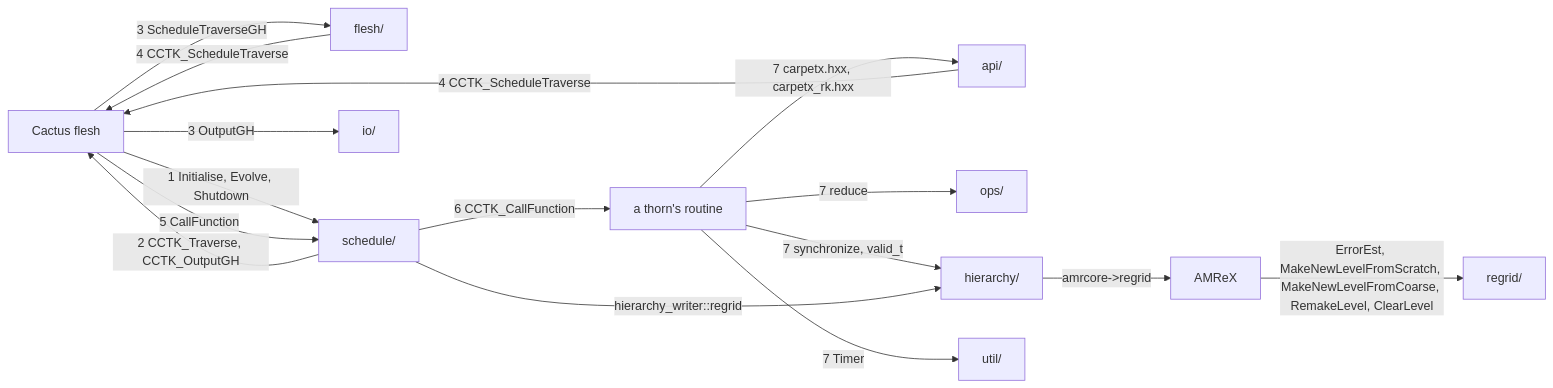
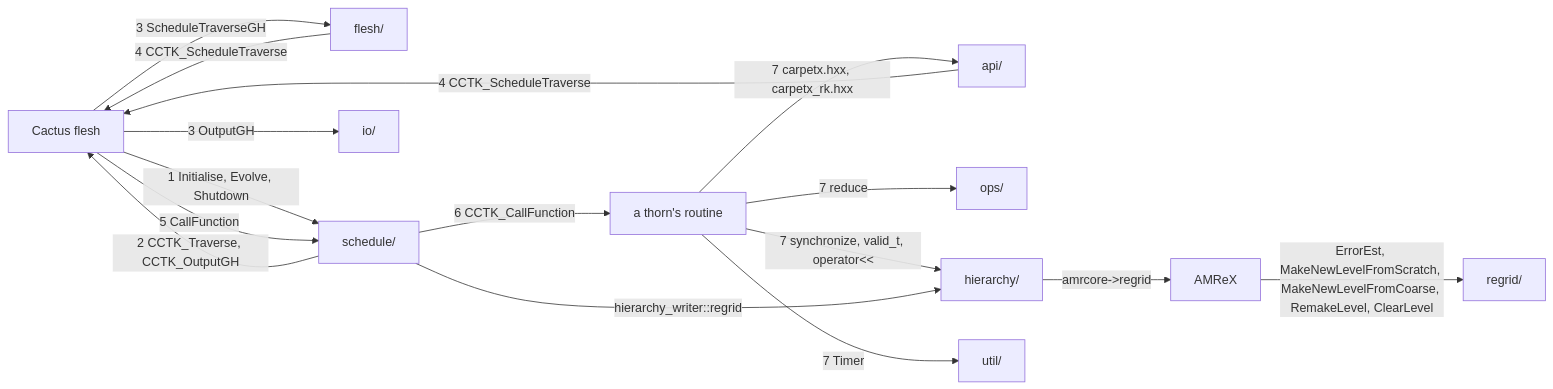
The second of 2 diagrams in agent_docs/carpetx-internals.md (lwJi/CarpetX), drawn with Mermaid before and after one commit. The commit also changed other lines of this file and 3 other files, not shown here.

````diff
--- a/agent_docs/carpetx-internals.md
+++ b/agent_docs/carpetx-internals.md
@@ -47,33 +47,33 @@
 ```mermaid
 flowchart LR
   cactus["Cactus flesh"]
   amrex["AMReX"]
   thorn["a thorn's routine"]
   flesh["flesh/"]
   api["api/"]
   schedule["schedule/"]
   io["io/"]
   ops["ops/"]
   regrid["regrid/"]
   hierarchy["hierarchy/"]
   util["util/"]
   cactus -- "1 Initialise, Evolve, Shutdown" --> schedule
   schedule -- "2 CCTK_Traverse, CCTK_OutputGH" --> cactus
   cactus -- "3 ScheduleTraverseGH" --> flesh
   cactus -- "3 OutputGH" --> io
   flesh -- "4 CCTK_ScheduleTraverse" --> cactus
   api -- "4 CCTK_ScheduleTraverse" --> cactus
   cactus -- "5 CallFunction" --> schedule
   schedule -- "6 CCTK_CallFunction" --> thorn
   thorn -- "7 carpetx.hxx, carpetx_rk.hxx" --> api
   thorn -- "7 reduce" --> ops
-  thorn -- "7 synchronize, valid_t" --> hierarchy
+  thorn -- "7 synchronize, valid_t, operator<<" --> hierarchy
   thorn -- "7 Timer" --> util
   schedule -- "hierarchy_writer::regrid" --> hierarchy
   hierarchy -- "amrcore->regrid" --> amrex
   amrex -- "ErrorEst, MakeNewLevelFromScratch, MakeNewLevelFromCoarse, RemakeLevel, ClearLevel" --> regrid
 %% the numbered edges are one pass of the schedule: the flesh starts the driver (1), the driver names a bin or asks for output (2), the flesh hands it to the driver's entry (3), the entry asks the flesh to walk the bin with CallFunction (4), the flesh calls CallFunction for each routine (5), CallFunction runs the routine (6), the routine may call the public headers, whose bodies are in api/ but for those the table names (7)
 %% the unnumbered edges are a regrid: the driver asks the hierarchy, the hierarchy asks AMReX, and AMReX calls back into the layer that defines its callbacks
 %% a layer reaches a higher one only through an outsider, the Cactus flesh or AMReX, or at link time through a dashed edge of the stack
 %% the table below lists every entry an outsider calls
 ```
````
